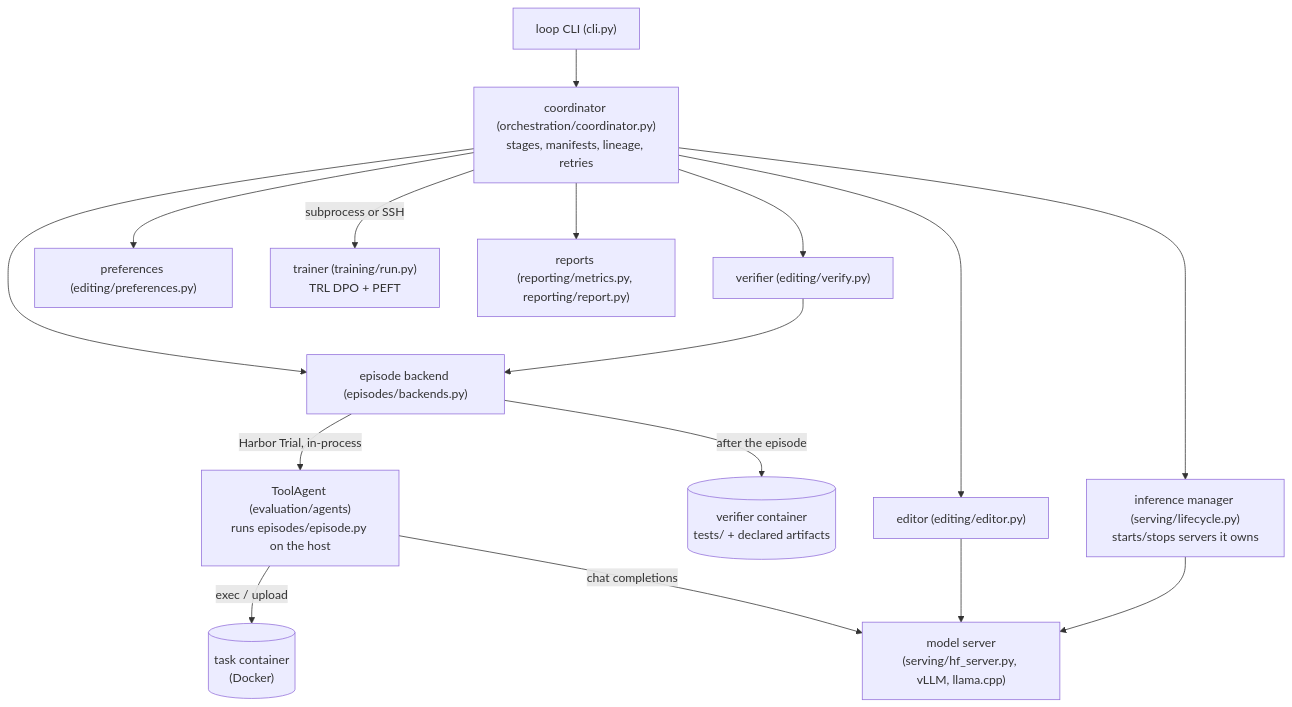
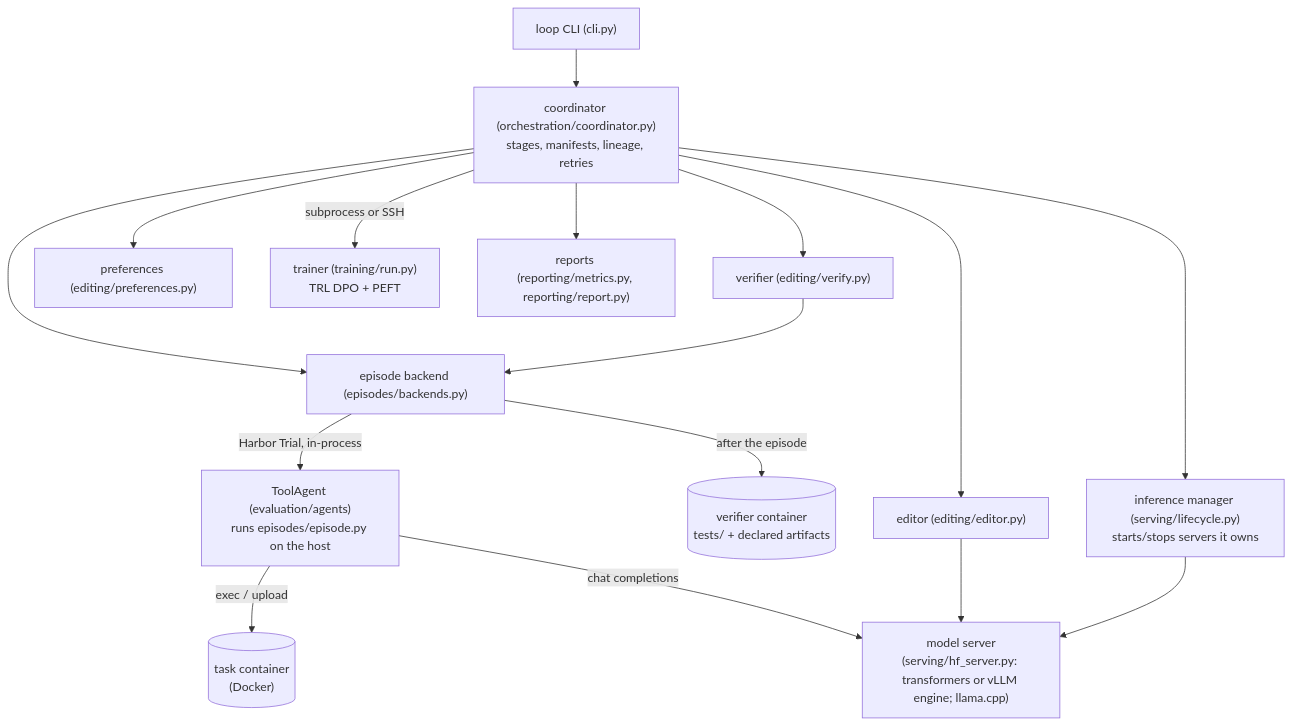
The second of 3 diagrams in docs/architecture.md (thomas-lane/learning-loop), drawn with Mermaid before and after one commit. The commit also changed other lines of this file and 19 other files, not shown here.

First line of the commit message:
Add vLLM as a generation engine behind hf_server, with an equivalence gate

````diff
--- a/docs/architecture.md
+++ b/docs/architecture.md
@@ -33,15 +33,15 @@
 ```mermaid
 flowchart TB
     CLI["loop CLI (cli.py)"] --> CO["coordinator (orchestration/coordinator.py)<br/>stages, manifests, lineage, retries"]
     CO --> BE["episode backend (episodes/backends.py)"]
     BE -->|Harbor Trial, in-process| AG["ToolAgent (evaluation/agents)<br/>runs episodes/episode.py on the host"]
     AG -->|exec / upload| TC[("task container<br/>(Docker)")]
-    AG -->|chat completions| SRV["model server<br/>(serving/hf_server.py, vLLM, llama.cpp)"]
+    AG -->|chat completions| SRV["model server<br/>(serving/hf_server.py: transformers or vLLM engine; llama.cpp)"]
     BE -->|after the episode| VC[("verifier container<br/>tests/ + declared artifacts")]
     CO --> EDT["editor (editing/editor.py)"] --> SRV
     CO --> VER["verifier (editing/verify.py)"] --> BE
     CO --> PR["preferences (editing/preferences.py)"]
     CO -->|subprocess or SSH| TR["trainer (training/run.py)<br/>TRL DPO + PEFT"]
     CO --> INF["inference manager (serving/lifecycle.py)<br/>starts/stops servers it owns"] --> SRV
     CO --> REP["reports (reporting/metrics.py, reporting/report.py)"]
 ```
````
